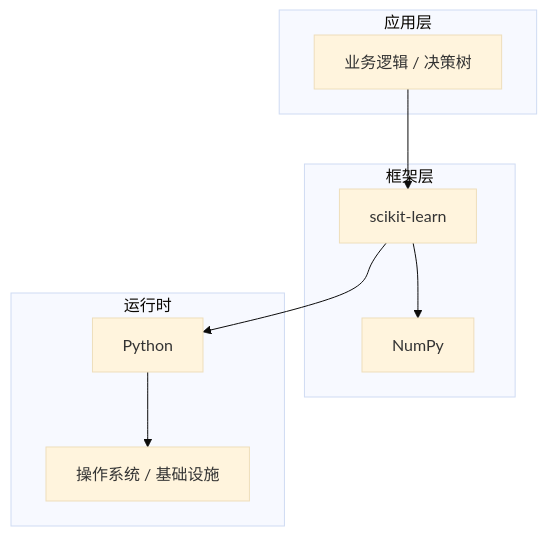
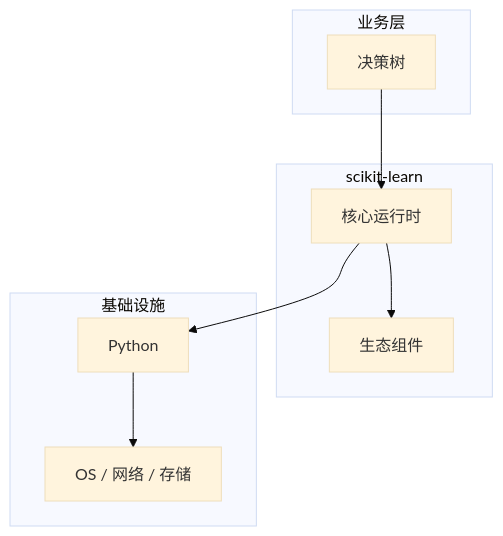
The diagram in articles/机器学习/chapters/036-决策树核心概念与原理.md (yanggan2015/knowledge-json-v2), drawn with Mermaid (base theme) before and after one commit. The commit also changed other lines of this file and 10127 other files, not shown here.

````diff
--- a/articles/机器学习/chapters/036-决策树核心概念与原理.md
+++ b/articles/机器学习/chapters/036-决策树核心概念与原理.md
@@ -45,18 +30,18 @@
 ```mermaid
 graph TB
-    subgraph 应用层
-        A[业务逻辑 / 决策树]
+    subgraph 业务层
+        A[决策树]
     end
-    subgraph 框架层
-        B[scikit-learn]
-        C[NumPy]
+    subgraph scikit-learn
+        B[核心运行时]
+        C[生态组件]
     end
-    subgraph 运行时
+    subgraph 基础设施
         D[Python]
-        E[操作系统 / 基础设施]
+        E[OS / 网络 / 存储]
     end
     A --> B
     B --> C
     B --> D
     D --> E
 ```
````
